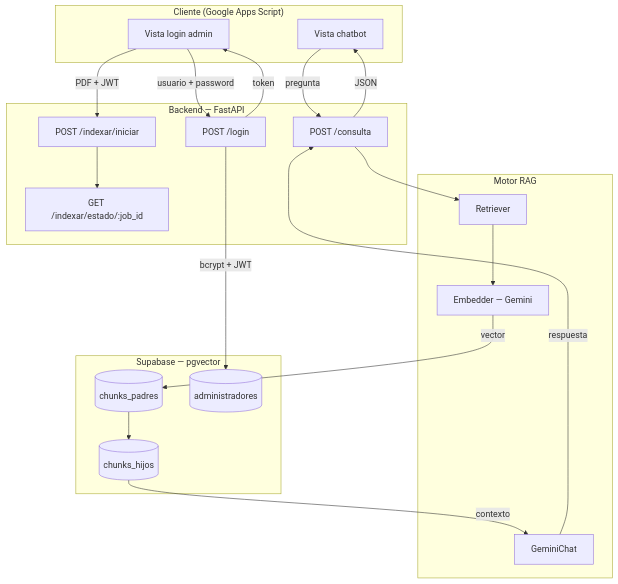
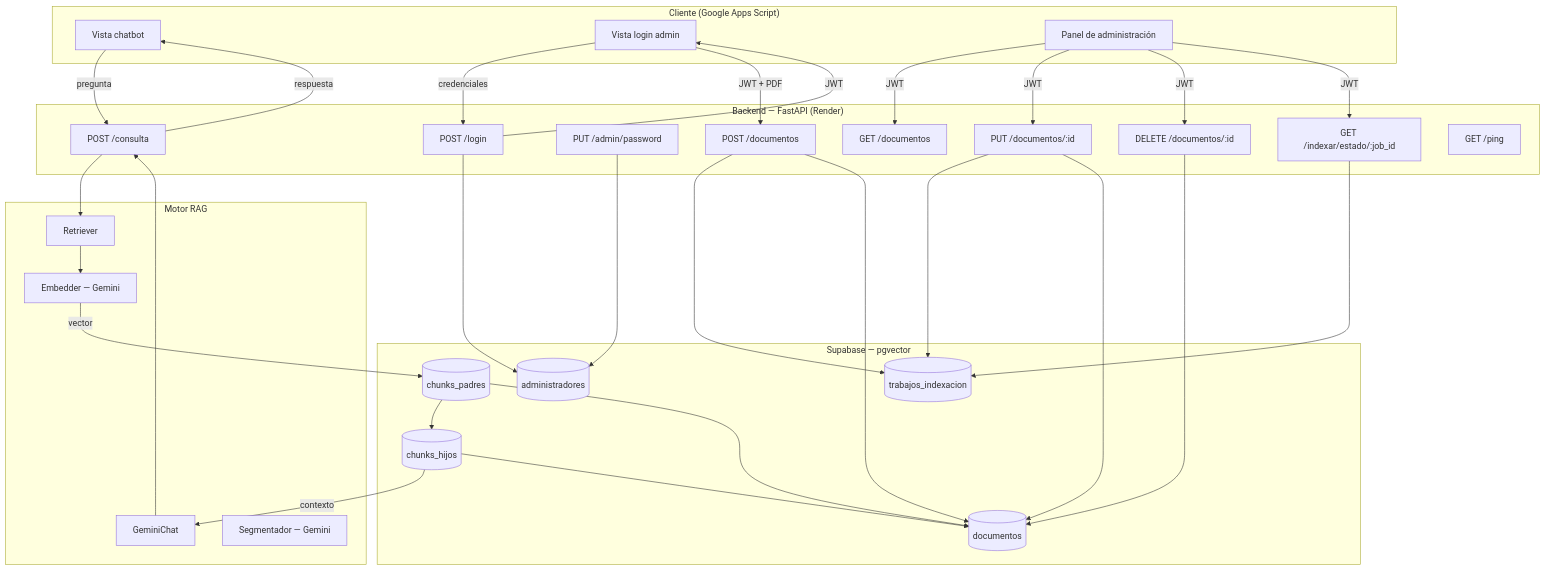
Before and after one commit to Bastian1133/chatbot-pui: the first of 3 diagrams in README.md, drawn with Mermaid. The commit also changed other lines of this file, not shown here.

````diff
--- a/README.md
+++ b/README.md
@@ -86,42 +89,49 @@
 ```mermaid
 flowchart TD
-    subgraph Cliente["Cliente (Google Apps Script)"]
+    subgraph GAS["Cliente (Google Apps Script)"]
         A[Vista chatbot]
         B[Vista login admin]
+        C[Panel de administración]
     end
 
-    subgraph API["Backend — FastAPI"]
-        C[POST /consulta]
-        D[POST /login]
-        E[POST /indexar/iniciar]
-        F[GET /indexar/estado/:job_id]
+    subgraph API["Backend — FastAPI (Render)"]
+        D[POST /consulta]
+        E[POST /login]
+        F[PUT /admin/password]
+        G[GET /documentos]
+        H[POST /documentos]
+        I[PUT /documentos/:id]
+        J[DELETE /documentos/:id]
+        K[GET /indexar/estado/:job_id]
+        L[GET /ping]
     end
 
     subgraph RAG["Motor RAG"]
-        G[Retriever]
-        H[Embedder — Gemini]
-        I[GeminiChat]
+        M[Retriever]
+        N[Embedder — Gemini]
+        O[GeminiChat]
+        P[Segmentador — Gemini]
     end
 
     subgraph DB["Supabase — pgvector"]
-        J[(chunks_padres)]
-        K[(chunks_hijos)]
-        L[(administradores)]
+        Q[(chunks_padres)]
+        R[(chunks_hijos)]
+        S[(administradores)]
+        T[(documentos)]
+        U[(trabajos_indexacion)]
     end
 
-    A -->|pregunta| C
-    C --> G
-    G --> H
-    H -->|vector| J
-    J --> K
-    K -->|contexto| I
-    I -->|respuesta| C
-    C -->|JSON| A
+    A -->|pregunta| D
+    D --> M --> N -->|vector| Q --> R -->|contexto| O --> D -->|respuesta| A
 
-    B -->|usuario + password| D
-    D -->|bcrypt + JWT| L
-    D -->|token| B
+    B -->|credenciales| E -->|JWT| B
+    B -->|JWT + PDF| H
+    C -->|JWT| G & I & J & K
+    H & I --> U
+    K --> U
 
-    B -->|PDF + JWT| E
-    E --> F
+    E --> S
+    F --> S
+    H & I & J --> T
+    Q & R --> T
 ```
````
